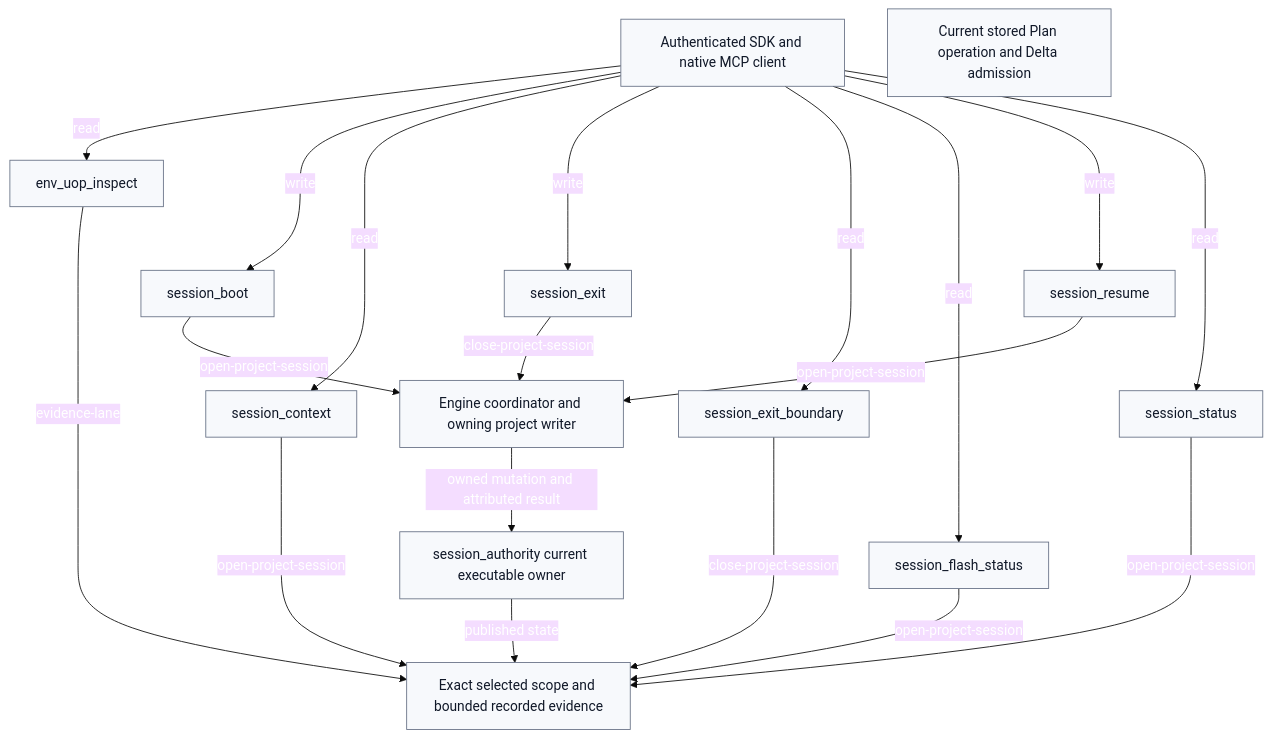
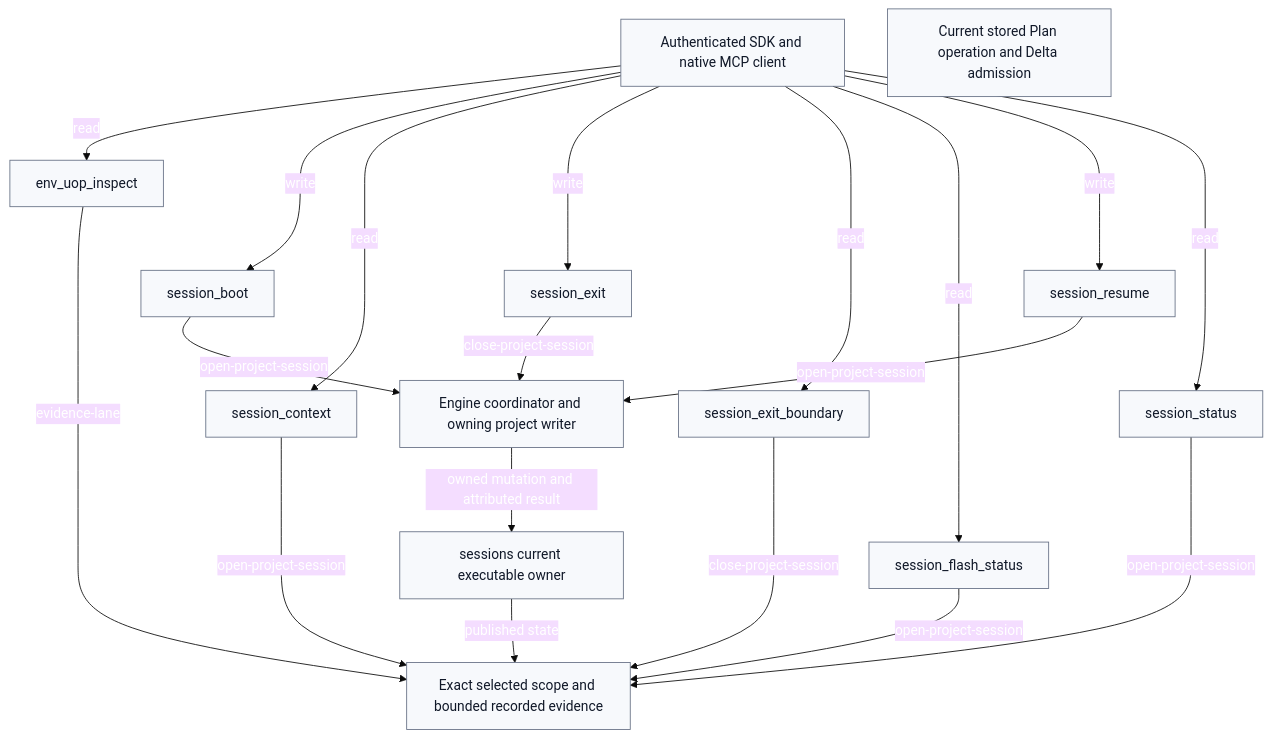
One commit to rathee000001/evidence_lane_plugin changed the diagram in plugins/evidence-lane-plugin/authorities/session_authority/workflow.mmd. Above: the diagram before and after it, drawn with Mermaid (base theme). The commit also changed 2126 other files, not shown here.

Commit message:
fix: complete v4.0.4 plugin architecture

```diff
--- a/plugins/evidence-lane-plugin/authorities/session_authority/workflow.mmd
+++ b/plugins/evidence-lane-plugin/authorities/session_authority/workflow.mmd
@@ -1,54 +1,54 @@
 flowchart TB
 %% EVIDENCE_LANE_GRAPH_ENGINE=LANGGRAPH_STATEGRAPH
 %% LANGGRAPH_VERSION=1.2.11
 %% LANGGRAPH_EXPORT_SHA256=285EAED119127B4A83661AE1E8F9591D7BB1423F2A4B80C873CD0650E9651B0A
 %% EVIDENCE_LANE_LAYOUT=BALANCED_TWO_DIMENSIONAL_FANOUT_V1
 %% EVIDENCE_LANE_LAYOUT_CONSTRAINT_COUNT=4
   classDef root fill:#101828,stroke:#101828,color:#fff,stroke-width:2px;
   classDef source fill:#edf5ff,stroke:#125cdd,color:#101828;
   classDef semantic fill:#f0ebff,stroke:#7147c7,color:#101828;
   classDef retrieval fill:#eaf8f1,stroke:#24805c,color:#101828;
   classDef git fill:#fff7e7,stroke:#c88722,color:#101828;
   classDef lifecycle fill:#fff1f0,stroke:#ba4236,color:#101828;
   classDef output fill:#f7f9fc,stroke:#667085,color:#101828;
   classDef warn fill:#fff7e7,stroke:#c88722,color:#101828;
   classDef table fill:#f0ebff,stroke:#7147c7,color:#101828;
   classDef column fill:#f7f9fc,stroke:#667085,color:#101828;
   classDef default fill:#f7f9fc,stroke:#667085,color:#101828;
   sdk["Authenticated SDK and native MCP client"]:::default
   read["Exact selected scope and bounded recorded evidence"]:::default
   writer["Engine coordinator and owning project writer"]:::default
   delta["Current stored Plan operation and Delta admission"]:::default
-  owner["session_authority current executable owner"]:::default
+  owner["sessions current executable owner"]:::default
   action_env_uop_inspect["env_uop_inspect"]:::default
   action_session_boot["session_boot"]:::default
   action_session_context["session_context"]:::default
   action_session_exit["session_exit"]:::default
   action_session_exit_boundary["session_exit_boundary"]:::default
   action_session_flash_status["session_flash_status"]:::default
   action_session_resume["session_resume"]:::default
   action_session_status["session_status"]:::default
   sdk -->|"read"| action_env_uop_inspect
   action_env_uop_inspect -->|"evidence-lane"| read
   sdk -->|"write"| action_session_boot
   action_session_boot -->|"open-project-session"| writer
   sdk -->|"read"| action_session_context
   action_session_context -->|"open-project-session"| read
   sdk -->|"write"| action_session_exit
   action_session_exit -->|"close-project-session"| writer
   sdk -->|"read"| action_session_exit_boundary
   action_session_exit_boundary -->|"close-project-session"| read
   sdk -->|"read"| action_session_flash_status
   action_session_flash_status -->|"open-project-session"| read
   sdk -->|"write"| action_session_resume
   action_session_resume -->|"open-project-session"| writer
   sdk -->|"read"| action_session_status
   action_session_status -->|"open-project-session"| read
   writer -->|"owned mutation and attributed result"| owner
   owner -->|"published state"| read
 %% EVIDENCE_LANE_LAYOUT_CONSTRAINTS_BEGIN
   action_env_uop_inspect ~~~ action_session_boot
   action_session_boot ~~~ action_session_context
   action_session_exit ~~~ action_session_exit_boundary
   action_session_resume ~~~ action_session_status
 %% EVIDENCE_LANE_LAYOUT_CONSTRAINTS_END
```
